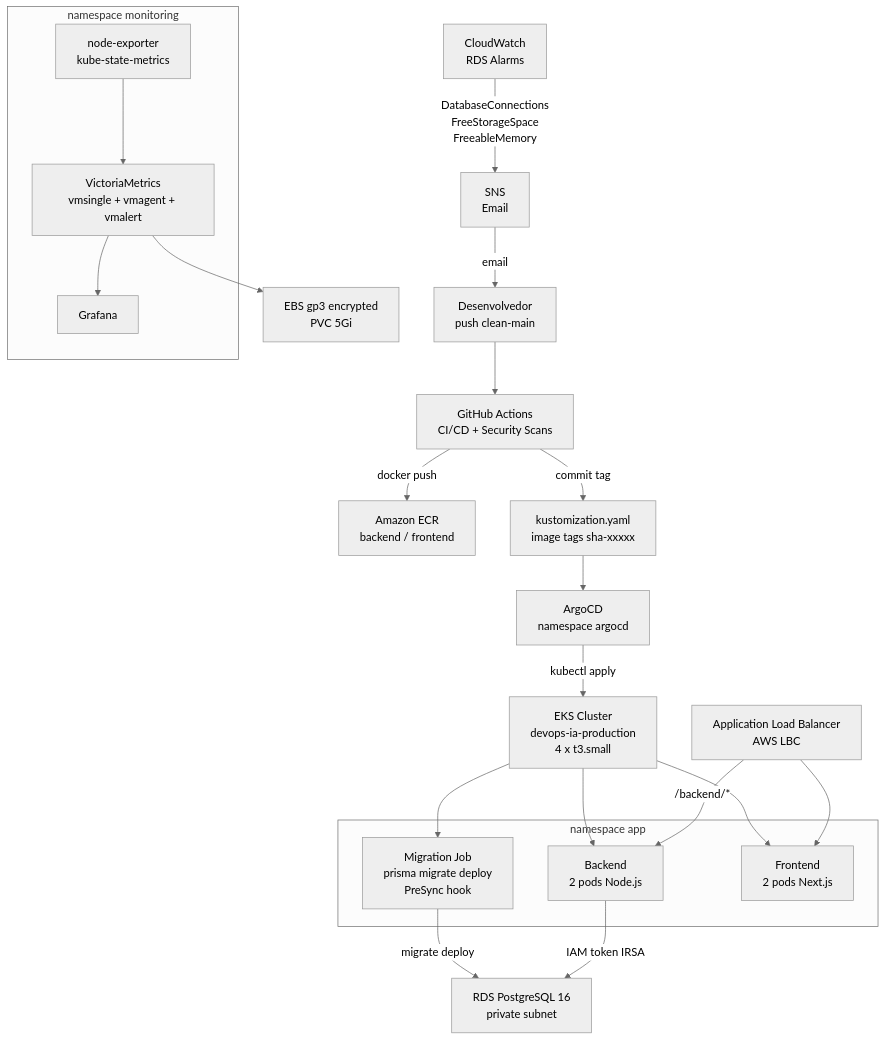
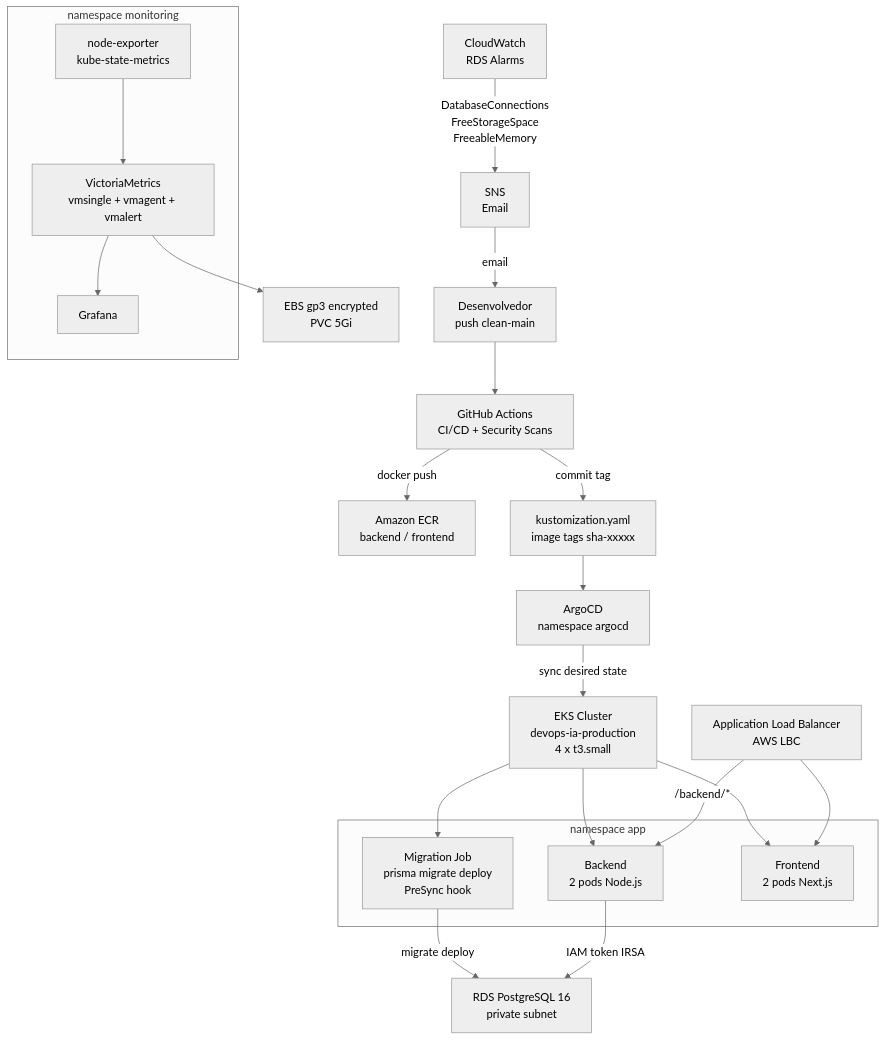
One commit to SalesFX/eks-sre-devops-platform changed the diagram in README.md. Above: the diagram before and after it, drawn with Mermaid (neutral theme). The commit also changed other lines of this file, not shown here.

First line of the commit message:
docs: apply review feedback on README accuracy and completeness

````diff
--- a/README.md
+++ b/README.md
@@ -21,46 +21,46 @@
 ```mermaid
 graph TD
     DEV[Desenvolvedor<br/>push clean-main]
     GHA[GitHub Actions<br/>CI/CD + Security Scans]
     ECR[Amazon ECR<br/>backend / frontend]
     KUST[kustomization.yaml<br/>image tags sha-xxxxx]
     ARGO[ArgoCD<br/>namespace argocd]
     EKS[EKS Cluster<br/>devops-ia-production<br/>4 x t3.small]
 
     subgraph NS_APP[namespace app]
         MIG[Migration Job<br/>prisma migrate deploy<br/>PreSync hook]
         BE[Backend<br/>2 pods Node.js]
         FE[Frontend<br/>2 pods Next.js]
     end
 
     RDS[RDS PostgreSQL 16<br/>private subnet]
     ALB[Application Load Balancer<br/>AWS LBC]
     CW[CloudWatch<br/>RDS Alarms]
     SNS[SNS<br/>Email]
 
     subgraph NS_MON[namespace monitoring]
         VM[VictoriaMetrics<br/>vmsingle + vmagent + vmalert]
         GF[Grafana]
         NE[node-exporter<br/>kube-state-metrics]
     end
 
     EBS[EBS gp3 encrypted<br/>PVC 5Gi]
 
     DEV --> GHA
     GHA -->|docker push| ECR
     GHA -->|commit tag| KUST
     KUST --> ARGO
-    ARGO -->|kubectl apply| EKS
+    ARGO -->|sync desired state| EKS
     EKS --> MIG
     MIG -->|migrate deploy| RDS
     EKS --> BE
     EKS --> FE
     BE -->|IAM token IRSA| RDS
     ALB --> FE
     ALB -->|/backend/*| BE
     CW -->|DatabaseConnections<br/>FreeStorageSpace<br/>FreeableMemory| SNS
     SNS -->|email| DEV
     NE --> VM
     VM --> GF
     VM --> EBS
 ```
````
